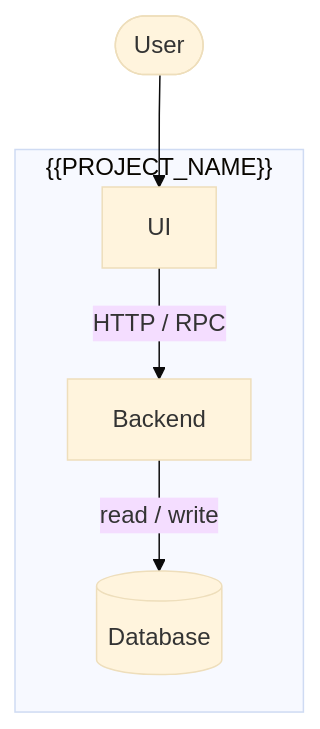
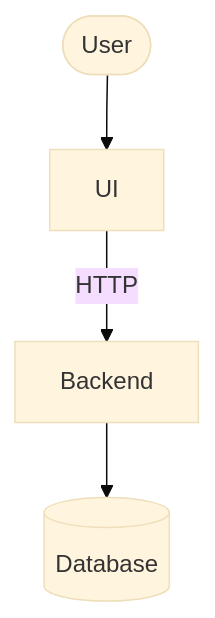
The diagram in kit/.project-brain/architecture.md (El-Sayed-Mustafa/visual-project-os), drawn with Mermaid (base theme) before and after one commit. The commit also changed other lines of this file and 26 other files, not shown here.

Commit message:
Redesign viewer and add a writing budget: diagrams first, fewer words

````diff
--- a/kit/.project-brain/architecture.md
+++ b/kit/.project-brain/architecture.md
@@ -10,11 +7,6 @@
 ```mermaid
 flowchart TB
-  subgraph sys["{{PROJECT_NAME}}"]
-    ui["UI"]
-    api["Backend"]
-    db[("Database")]
-  end
-  user(["User"]) --> ui
-  ui -- "HTTP / RPC" --> api
-  api -- "read / write" --> db
+  user(["User"]) --> ui["UI"]
+  ui -- "HTTP" --> api["Backend"]
+  api --> db[("Database")]
 ```
````
